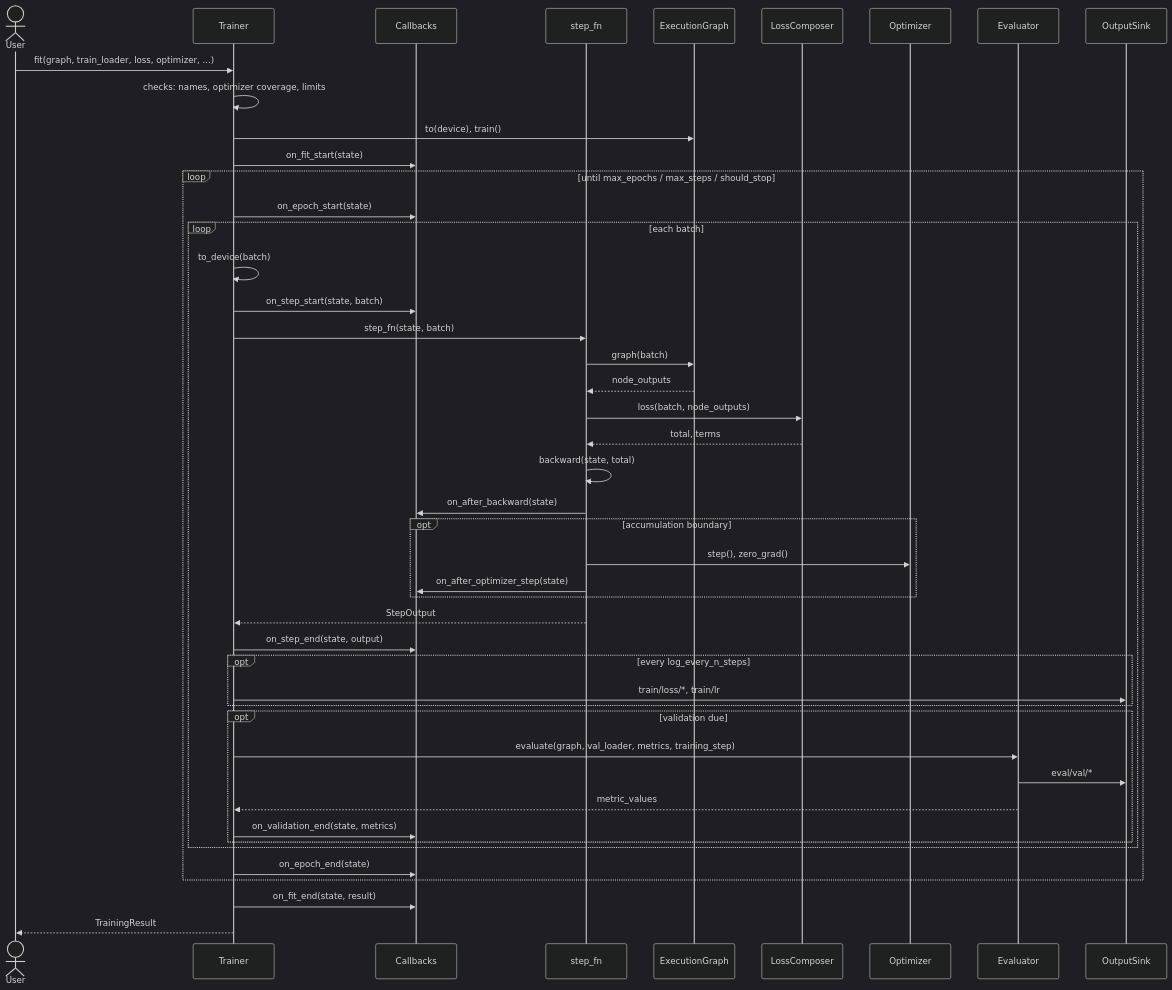
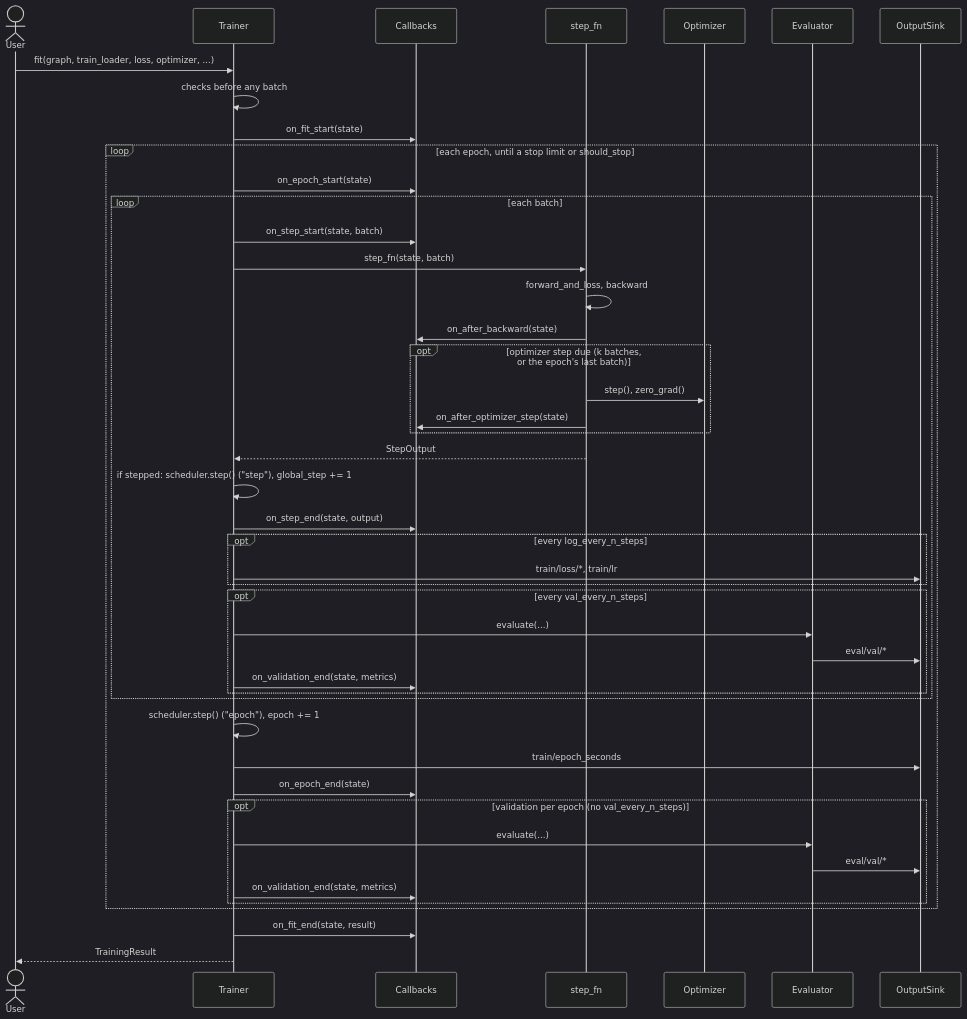
One commit to tile-and-error/imagenet-classification changed the third of 7 diagrams in TRAINER.md. Above: the diagram before and after it, drawn with Mermaid (dark theme). The commit also changed other lines of this file and 32 other files, not shown here.

````diff
--- a/TRAINER.md
+++ b/TRAINER.md
@@ -448,49 +509,48 @@
 ```mermaid
 sequenceDiagram
     actor U as User
     participant T as Trainer
     participant CB as Callbacks
     participant S as step_fn
-    participant G as ExecutionGraph
-    participant L as LossComposer
     participant O as Optimizer
     participant E as Evaluator
     participant K as OutputSink
 
     U->>T: fit(graph, train_loader, loss, optimizer, ...)
-    T->>T: checks: names, optimizer coverage, limits
-    T->>G: to(device), train()
+    T->>T: checks before any batch
     T->>CB: on_fit_start(state)
-    loop until max_epochs / max_steps / should_stop
+    loop each epoch, until a stop limit or should_stop
         T->>CB: on_epoch_start(state)
         loop each batch
-            T->>T: to_device(batch)
             T->>CB: on_step_start(state, batch)
             T->>S: step_fn(state, batch)
-            S->>G: graph(batch)
-            G-->>S: node_outputs
-            S->>L: loss(batch, node_outputs)
-            L-->>S: total, terms
-            S->>S: backward(state, total)
+            S->>S: forward_and_loss, backward
             S->>CB: on_after_backward(state)
-            opt accumulation boundary
+            opt optimizer step due (k batches, or the epoch's last batch)
                 S->>O: step(), zero_grad()
                 S->>CB: on_after_optimizer_step(state)
             end
             S-->>T: StepOutput
+            T->>T: if stepped: scheduler.step() ("step"), global_step += 1
             T->>CB: on_step_end(state, output)
             opt every log_every_n_steps
                 T->>K: train/loss/*, train/lr
             end
-            opt validation due
-                T->>E: evaluate(graph, val_loader, metrics, training_step)
+            opt every val_every_n_steps
+                T->>E: evaluate(...)
                 E->>K: eval/val/*
-                E-->>T: metric_values
                 T->>CB: on_validation_end(state, metrics)
             end
         end
+        T->>T: scheduler.step() ("epoch"), epoch += 1
+        T->>K: train/epoch_seconds
         T->>CB: on_epoch_end(state)
+        opt validation per epoch (no val_every_n_steps)
+            T->>E: evaluate(...)
+            E->>K: eval/val/*
+            T->>CB: on_validation_end(state, metrics)
+        end
     end
     T->>CB: on_fit_end(state, result)
     T-->>U: TrainingResult
 ```
````
